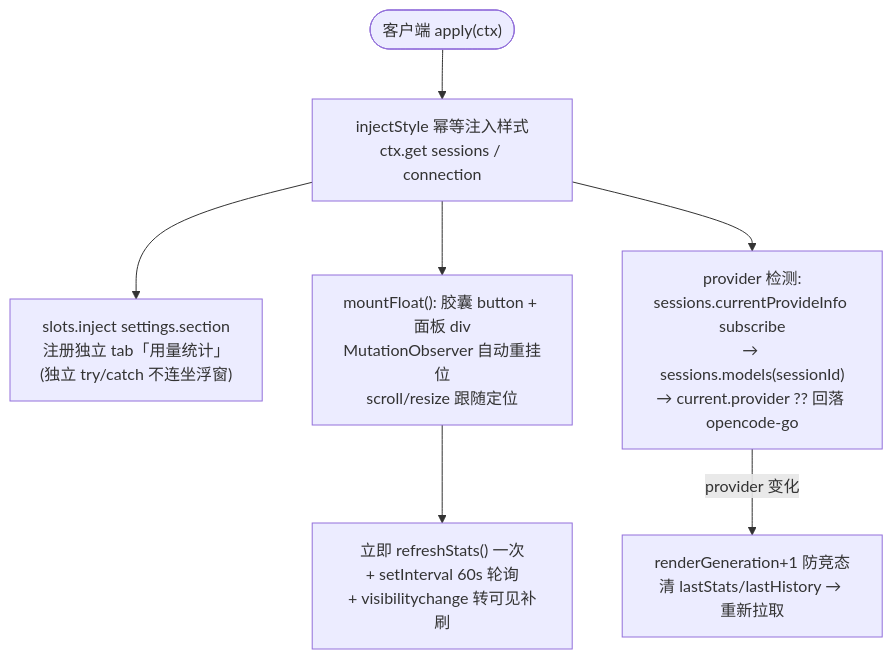
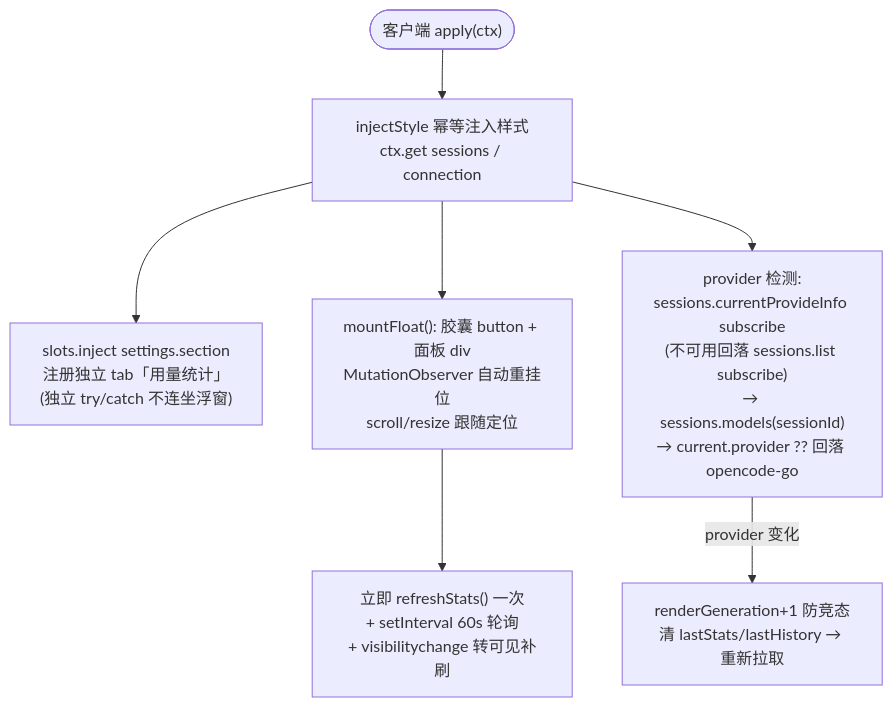
Before and after one commit to wingsky-1/dsh-plugin-hub: the eighth of 10 diagrams in packages/dsh-provider-usage/docs/architecture.md, drawn with Mermaid. The commit also changed other lines of this file and 3 other files, not shown here.

````diff
--- a/packages/dsh-provider-usage/docs/architecture.md
+++ b/packages/dsh-provider-usage/docs/architecture.md
@@ -296,9 +300,9 @@
 ```mermaid
 flowchart TD
     S(["客户端 apply(ctx)"]) --> A["injectStyle 幂等注入样式<br/>ctx.get sessions / connection"]
     A --> B["slots.inject settings.section<br/>注册独立 tab「用量统计」<br/>(独立 try/catch 不连坐浮窗)"]
     A --> C["mountFloat(): 胶囊 button + 面板 div<br/>MutationObserver 自动重挂位<br/>scroll/resize 跟随定位"]
     C --> D["立即 refreshStats() 一次<br/>+ setInterval 60s 轮询<br/>+ visibilitychange 转可见补刷"]
-    A --> E["provider 检测:<br/>sessions.currentProvideInfo subscribe<br/>→ sessions.models(sessionId)<br/>→ current.provider ?? 回落 opencode-go"]
+    A --> E["provider 检测:<br/>sessions.currentProvideInfo subscribe<br/>(不可用回落 sessions.list subscribe)<br/>→ sessions.models(sessionId)<br/>→ current.provider ?? 回落 opencode-go"]
     E -->|"provider 变化"| F["renderGeneration+1 防竞态<br/>清 lastStats/lastHistory → 重新拉取"]
 ```
````
